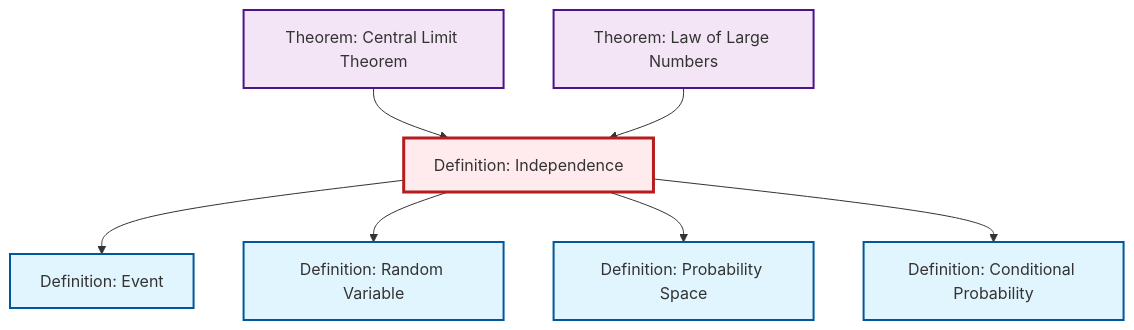
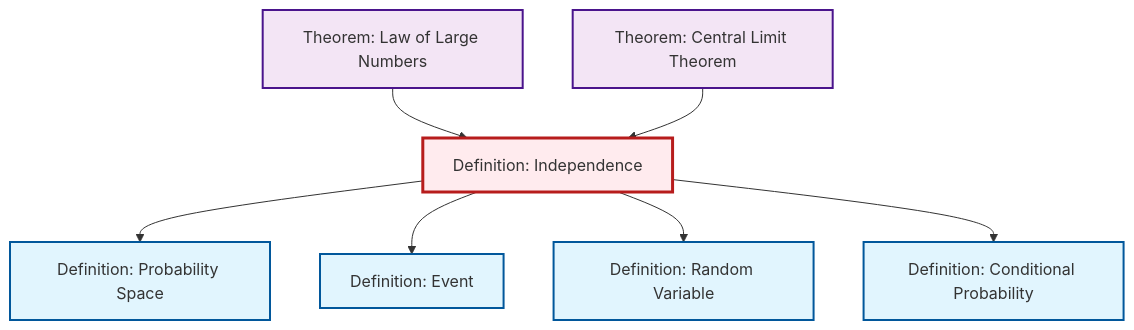
One commit to RK0429/ModernMath changed the diagram in output/mermaid/def-independence.mermaid. Above: the diagram before and after it, drawn with Mermaid. The commit also changed other lines of this file and 1509 other files, not shown here.

```diff
--- a/output/mermaid/def-independence.mermaid
+++ b/output/mermaid/def-independence.mermaid
@@ -1,21 +1,21 @@
 %%| fig-cap: "Local dependency graph"
 graph TD
     classDef definition fill:#e1f5fe,stroke:#01579b,stroke-width:2px
     classDef theorem fill:#f3e5f5,stroke:#4a148c,stroke-width:2px
     classDef axiom fill:#fff3e0,stroke:#e65100,stroke-width:2px
     classDef example fill:#e8f5e9,stroke:#1b5e20,stroke-width:2px
     classDef current fill:#ffebee,stroke:#b71c1c,stroke-width:3px
+    thm-central-limit["Theorem: Central Limit Theorem"]:::theorem
+    def-event["Definition: Event"]:::definition
+    def-independence["Definition: Independence"]:::definition
+    def-probability-space["Definition: Probability Space"]:::definition
     def-conditional-probability["Definition: Conditional Probability"]:::definition
-    def-probability-space["Definition: Probability Space"]:::definition
     thm-law-of-large-numbers["Theorem: Law of Large Numbers"]:::theorem
     def-random-variable["Definition: Random Variable"]:::definition
-    thm-central-limit["Theorem: Central Limit Theorem"]:::theorem
-    def-independence["Definition: Independence"]:::definition
-    def-event["Definition: Event"]:::definition
+    def-independence --> def-probability-space
     def-independence --> def-event
+    def-independence --> def-random-variable
+    def-independence --> def-conditional-probability
+    thm-law-of-large-numbers --> def-independence
     thm-central-limit --> def-independence
-    def-independence --> def-random-variable
-    def-independence --> def-probability-space
-    thm-law-of-large-numbers --> def-independence
-    def-independence --> def-conditional-probability
     class def-independence current
```
